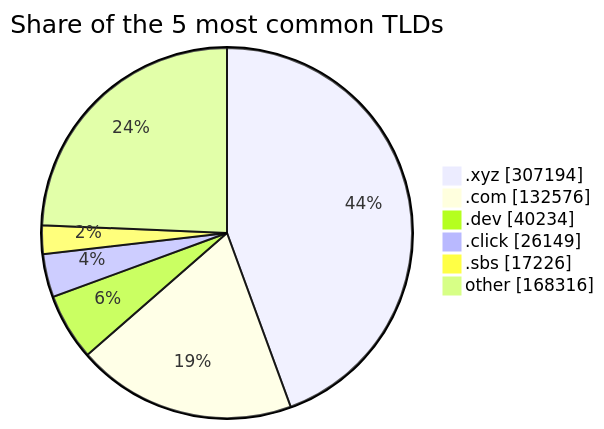
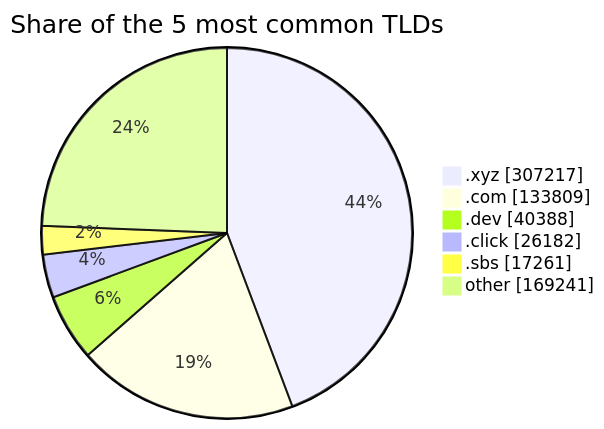
One commit to DNSBunker/CTI changed the third of 3 diagrams in README.md. Above: the diagram before and after it, drawn with Mermaid. The commit also changed other lines of this file and 3 other files, not shown here.

````diff
--- a/README.md
+++ b/README.md
@@ -81,9 +81,9 @@
 ```mermaid
 pie showData title Share of the 5 most common TLDs
-    ".xyz" : 307194
-    ".com" : 132576
-    ".dev" : 40234
-    ".click" : 26149
-    ".sbs" : 17226
-    "other" : 168316
+    ".xyz" : 307217
+    ".com" : 133809
+    ".dev" : 40388
+    ".click" : 26182
+    ".sbs" : 17261
+    "other" : 169241
 ```
````
